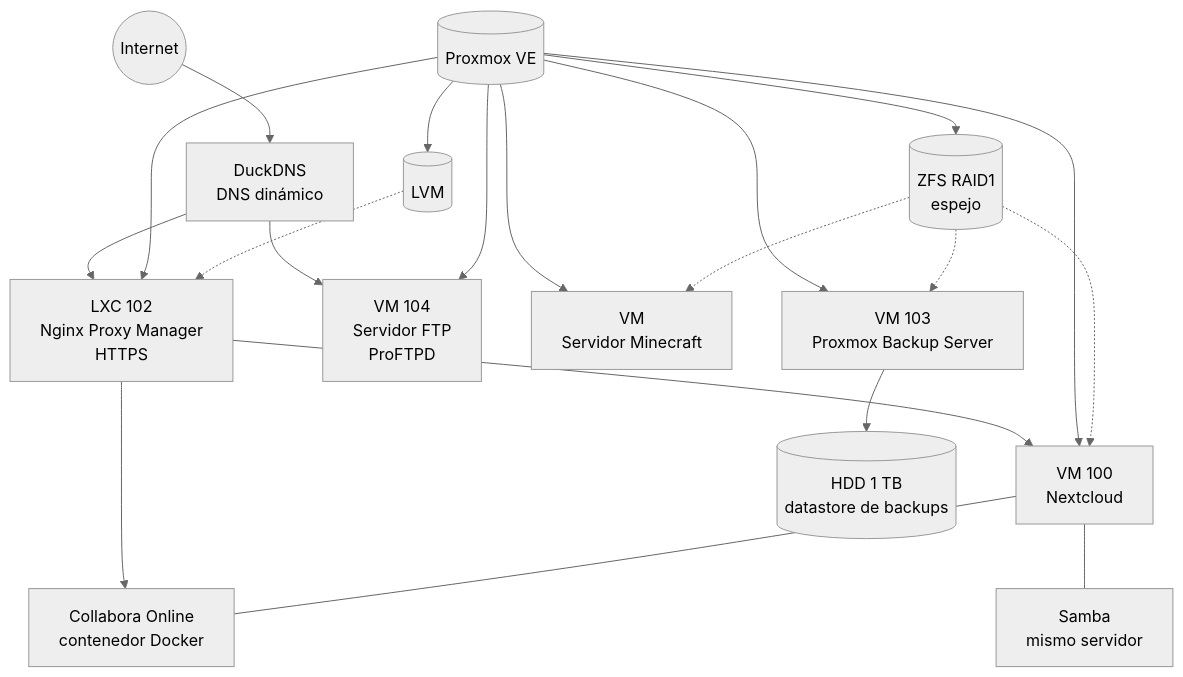
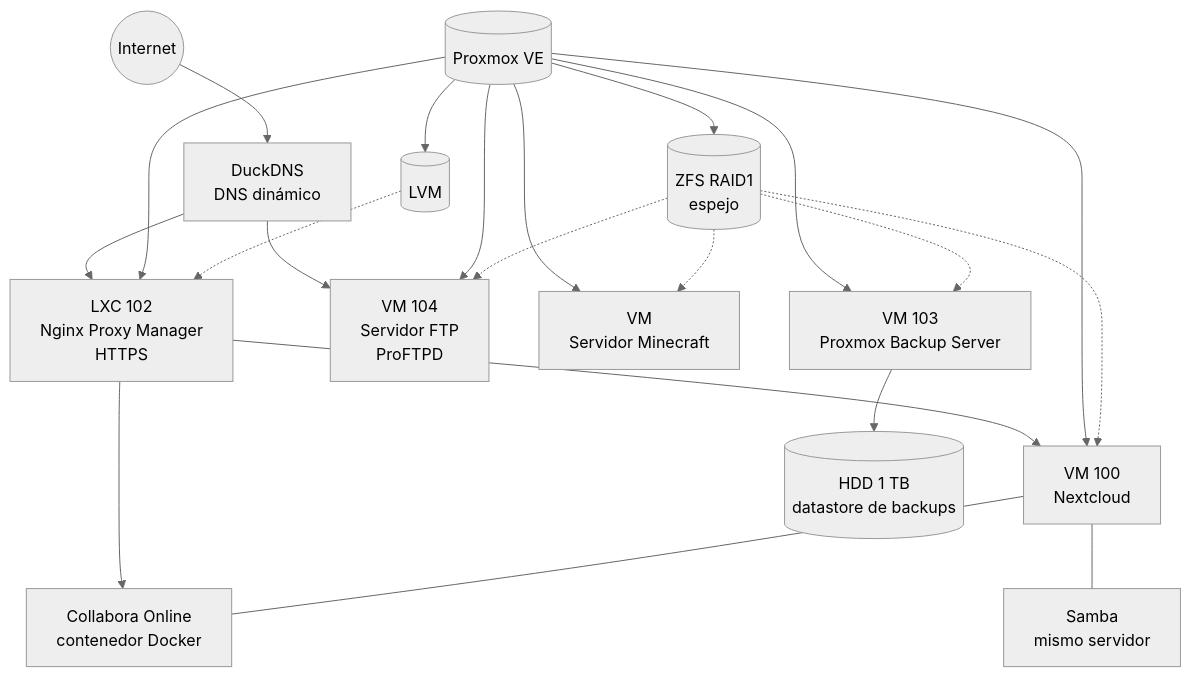
The diagram in README.md (Hugo33-bash/Hugo33-bash.github.io-Copiar), drawn with Mermaid (neutral theme) before and after one commit.

Commit message:
Add FTP connection to ZFS in README

````diff
--- a/README.md
+++ b/README.md
@@ -40,22 +40,23 @@
 ```mermaid
 flowchart TD
     Internet((Internet)) --> DNS[DuckDNS<br/>DNS dinámico]
     DNS --> NPM[LXC 102<br/>Nginx Proxy Manager<br/>HTTPS]
     DNS --> FTP
     NPM --> NC[VM 100<br/>Nextcloud]
     NPM --> COL[Collabora Online<br/>contenedor Docker]
     NC --- COL
     NC --- SMB[Samba<br/>mismo servidor]
     PVE[(Proxmox VE)] --> NC
     PVE --> MC[VM<br/>Servidor Minecraft]
     PVE --> NPM
     PVE --> PBS[VM 103<br/>Proxmox Backup Server]
     PVE --> FTP[VM 104<br/>Servidor FTP<br/>ProFTPD]
     PBS --> HDD[(HDD 1 TB<br/>datastore de backups)]
     PVE --> ZFS[(ZFS RAID1<br/>espejo)]
     PVE --> LVM[(LVM)]
     ZFS -.-> NC
+    ZFS -.-> FTP
     ZFS -.-> MC
     ZFS -.-> PBS
     LVM -.-> NPM
 ```
````
